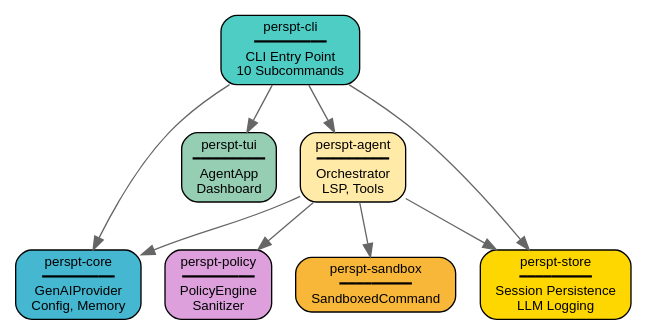
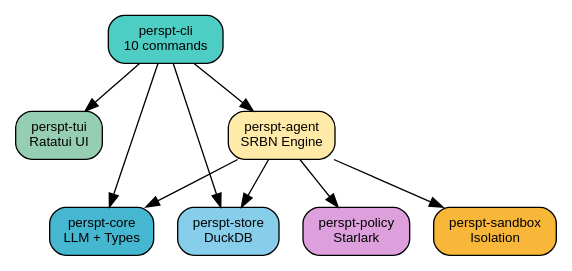
The diagram in docs/perspt_book/source/concepts/workspace-crates.rst (eonseed/perspt), drawn with Graphviz before and after one commit. The commit also changed other lines of this file and 50 other files, not shown here.

```diff
--- a/docs/perspt_book/source/concepts/workspace-crates.rst
+++ b/docs/perspt_book/source/concepts/workspace-crates.rst
@@ -11,26 +9,25 @@
 .. graphviz::
    :align: center
-   :caption: Crate Dependency Graph
+   :caption: Crate Dependencies
 
-   digraph workspace {
+   digraph deps {
        rankdir=TB;
        node [shape=box, style="rounded,filled", fontname="Helvetica", fontsize=10];
-       edge [color="#666666"];
-       
-       cli [label="perspt-cli\n━━━━━━━━━\nCLI Entry Point\n10 Subcommands", fillcolor="#4ECDC4"];
-       core [label="perspt-core\n━━━━━━━━━\nGenAIProvider\nConfig, Memory", fillcolor="#45B7D1"];
-       tui [label="perspt-tui\n━━━━━━━━━\nAgentApp\nDashboard", fillcolor="#96CEB4"];
-       agent [label="perspt-agent\n━━━━━━━━━\nOrchestrator\nLSP, Tools", fillcolor="#FFEAA7"];
-       policy [label="perspt-policy\n━━━━━━━━━\nPolicyEngine\nSanitizer", fillcolor="#DDA0DD"];
-       sandbox [label="perspt-sandbox\n━━━━━━━━━\nSandboxedCommand", fillcolor="#F8B739"];
-       store [label="perspt-store\n━━━━━━━━━\nSession Persistence\nLLM Logging", fillcolor="#FFD700"];
-       
-       cli -> core;
+
+       cli [label="perspt-cli\n10 commands", fillcolor="#4ECDC4"];
+       tui [label="perspt-tui\nRatatui UI", fillcolor="#96CEB4"];
+       agent [label="perspt-agent\nSRBN Engine", fillcolor="#FFEAA7"];
+       core [label="perspt-core\nLLM + Types", fillcolor="#45B7D1"];
+       store [label="perspt-store\nDuckDB", fillcolor="#87CEEB"];
+       policy [label="perspt-policy\nStarlark", fillcolor="#DDA0DD"];
+       sandbox [label="perspt-sandbox\nIsolation", fillcolor="#F8B739"];
+
        cli -> tui;
        cli -> agent;
+       cli -> core;
        cli -> store;
        agent -> core;
+       agent -> store;
        agent -> policy;
        agent -> sandbox;
-       agent -> store;
    }
```
